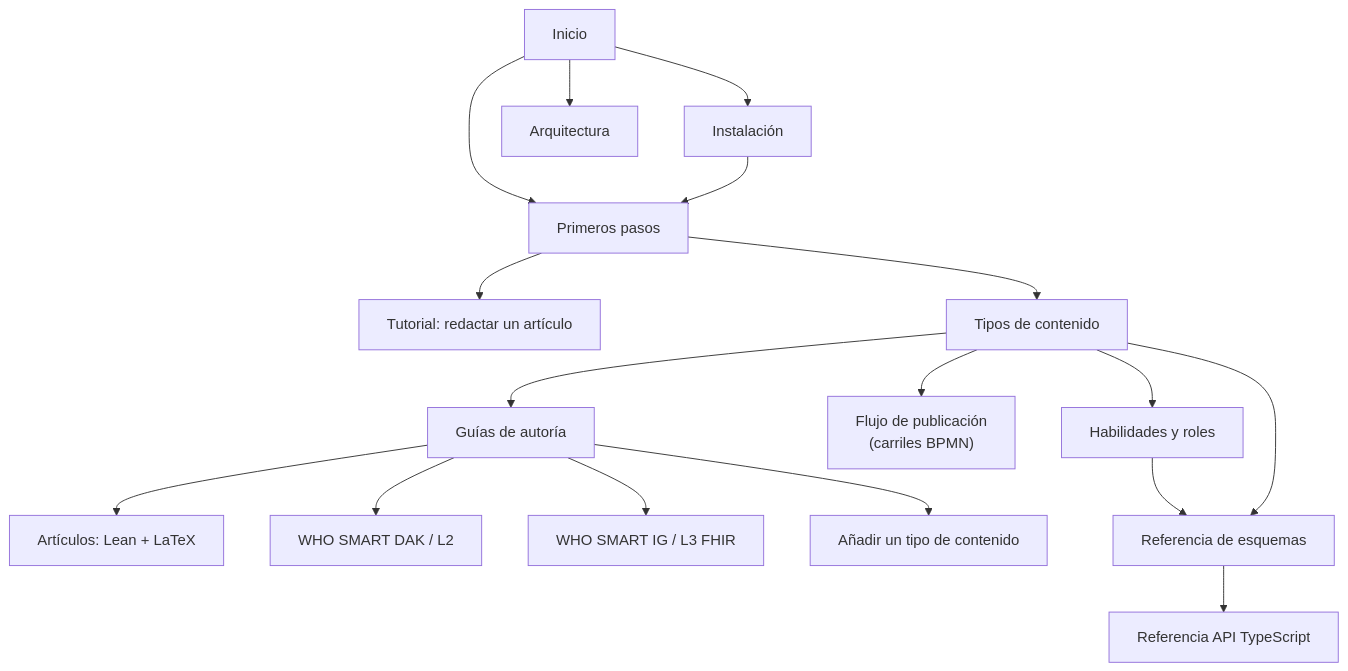
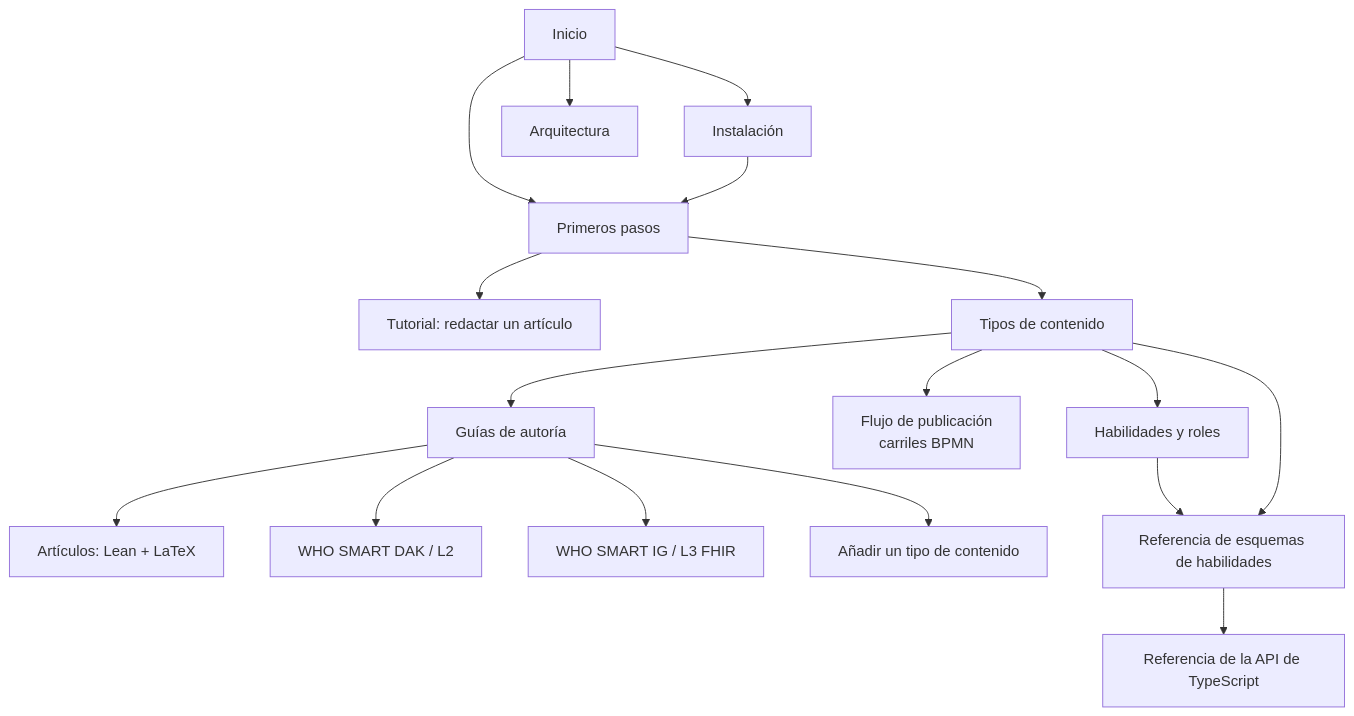
The second of 2 diagrams in cat-harness/docs/es/index.md (litlfred/folio-assistant), drawn with Mermaid before and after one commit. The commit also changed other lines of this file and 9 other files, not shown here.

````diff
--- a/cat-harness/docs/es/index.md
+++ b/cat-harness/docs/es/index.md
@@ -121,19 +133,34 @@
 ```mermaid
 flowchart TD
-    Inicio --> Instalar[Instalación]
-    Inicio --> PP[Primeros pasos]
-    Instalar --> PP
-    PP --> Tut[Tutorial: redactar un artículo]
-    PP --> TC[Tipos de contenido]
-    TC --> Habilidades[Habilidades y roles]
-    TC --> FP["Flujo de publicación<br/>(carriles BPMN)"]
-    TC --> Guias[Guías de autoría]
-    Guias --> Articulo[Artículos: Lean + LaTeX]
-    Guias --> DAK[WHO SMART DAK / L2]
-    Guias --> IG[WHO SMART IG / L3 FHIR]
-    Guias --> Nuevo[Añadir un tipo de contenido]
-    Habilidades --> Ref[Referencia de esquemas]
-    TC --> Ref
-    Ref --> API[Referencia API TypeScript]
-    Inicio --> Arch[Arquitectura]
+    Home[Inicio] --> Install[Instalación]
+    Home --> GS[Primeros pasos]
+    Install --> GS
+    GS --> Tut[Tutorial: redactar un artículo]
+    GS --> CT[Tipos de contenido]
+    CT --> Skills[Habilidades y roles]
+    CT --> WF["Flujo de publicación<br/>carriles BPMN"]
+    CT --> Guides[Guías de autoría]
+    Guides --> Paper[Artículos: Lean + LaTeX]
+    Guides --> DAK[WHO SMART DAK / L2]
+    Guides --> IG[WHO SMART IG / L3 FHIR]
+    Guides --> New[Añadir un tipo de contenido]
+    Skills --> Ref[Referencia de esquemas de habilidades]
+    CT --> Ref
+    Ref --> API[Referencia de la API de TypeScript]
+    Home --> Arch[Arquitectura]
+
+    click Skills "skills.html" "Habilidades y roles"
+    click WF "publication-workflow.html" "Flujo de publicación (BPMN)"
+    click Install "installation.html" "Instalación"
+    click GS "getting-started.html" "Primeros pasos"
+    click Tut "guides/writing-a-paper.html" "Tutorial: redactar un artículo"
+    click CT "content-types.html" "Tipos de contenido"
+    click Guides "guides/" "Guías de autoría"
+    click Paper "guides/writing-a-paper.html" "Artículos: Lean + LaTeX"
+    click DAK "guides/who-smart-dak.html" "WHO SMART DAK (L2)"
+    click IG "guides/who-smart-ig.html" "WHO SMART IG (L3 FHIR)"
+    click New "guides/new-content-type.html" "Añadir un tipo de contenido"
+    click Ref "reference/skills/" "Referencia de esquemas de habilidades"
+    click API "api/" "Referencia de la API de TypeScript"
+    click Arch "architecture.html" "Arquitectura"
 ```
````
